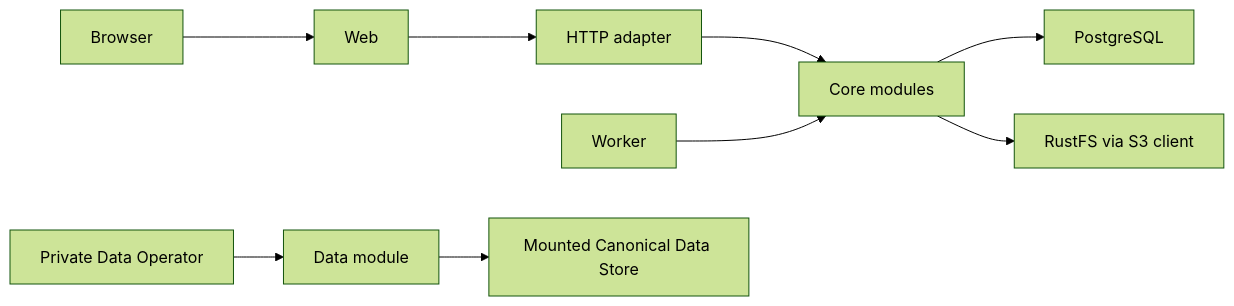
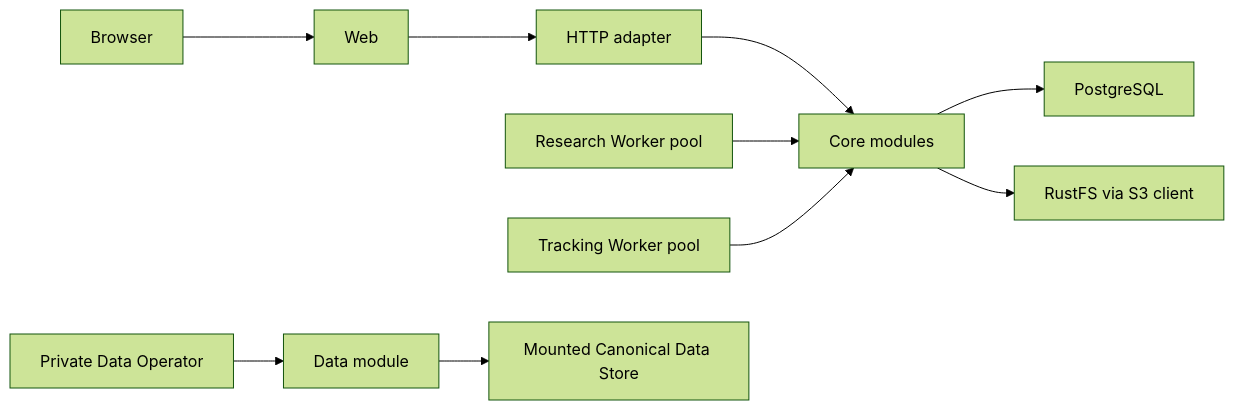
Before and after one commit to humeo/thesistrace: the first of 2 diagrams in docs/architecture/core.md, drawn with Mermaid (forest theme). The commit also changed other lines of this file and 76 other files, not shown here.

````diff
--- a/docs/architecture/core.md
+++ b/docs/architecture/core.md
@@ -36,11 +40,12 @@
 ```mermaid
 flowchart LR
     B["Browser"] --> W["Web"]
     W --> H["HTTP adapter"]
     H --> M["Core modules"]
-    K["Worker"] --> M
+    R["Research Worker pool"] --> M
+    T["Tracking Worker pool"] --> M
     O["Private Data Operator"] --> D["Data module"]
     M --> P["PostgreSQL"]
     M --> S["RustFS via S3 client"]
     D --> F["Mounted Canonical Data Store"]
 ```
````
